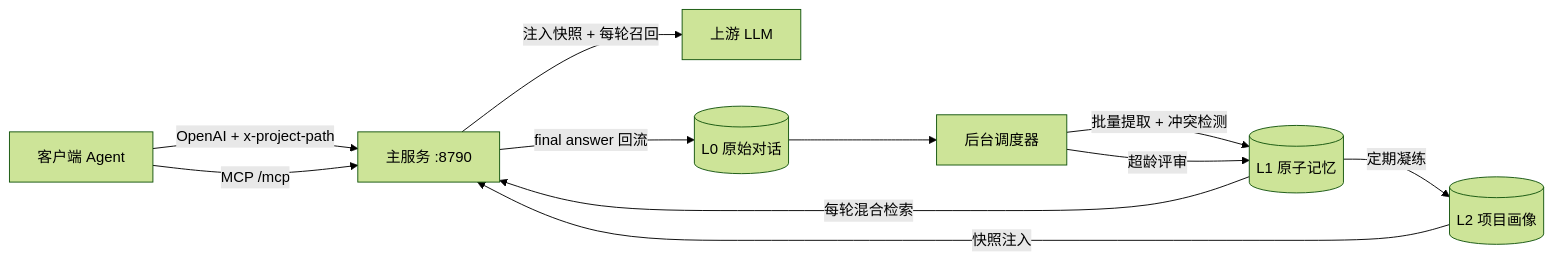
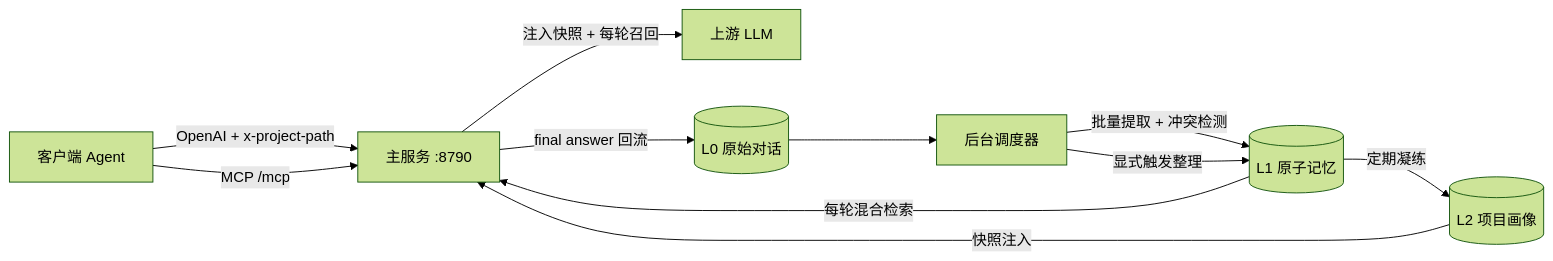
The diagram in README.md (sfework/LAM), drawn with Mermaid (forest theme) before and after one commit. The commit also changed other lines of this file and 52 other files, not shown here.

First line of the commit message:
feat: add initial database schema and tests for L2 prompt handling

````diff
--- a/README.md
+++ b/README.md
@@ -36,13 +36,13 @@
 ```mermaid
 graph LR
     C[客户端 Agent] -->|OpenAI + x-project-path| G[主服务 :8790]
     C -->|MCP /mcp| G
     G -->|注入快照 + 每轮召回| U[上游 LLM]
     G -->|final answer 回流| L0[(L0 原始对话)]
     L0 --> S[后台调度器]
     S -->|批量提取 + 冲突检测| L1[(L1 原子记忆)]
     L1 -->|定期凝练| L2[(L2 项目画像)]
     L1 -->|每轮混合检索| G
     L2 -->|快照注入| G
-    S -->|超龄评审| L1
+    S -->|显式触发整理| L1
 ```
````
